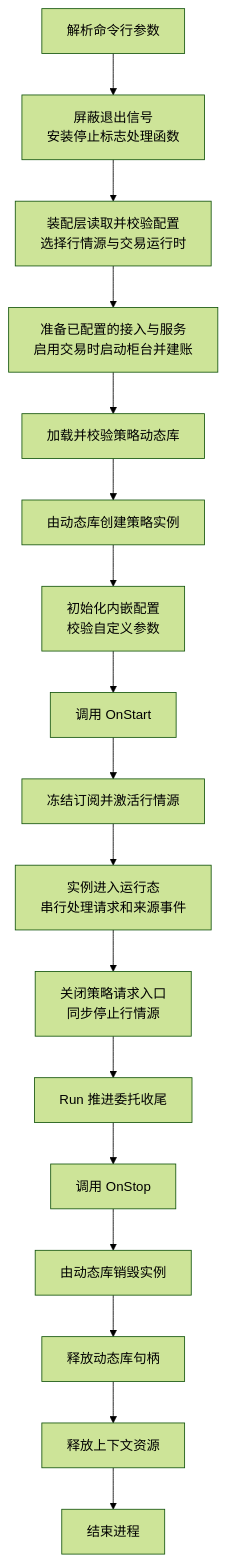
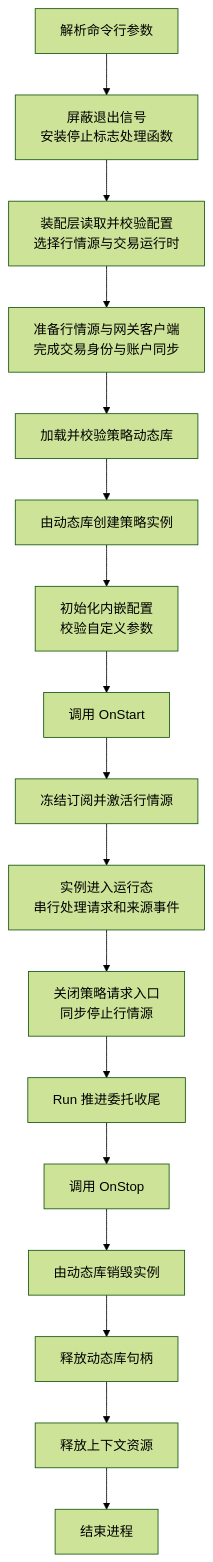
The diagram in docs/design/strategyd.md (yizhenfei/yquant), drawn with Mermaid (forest theme) before and after one commit. The commit also changed other lines of this file and 53 other files, not shown here.

````diff
--- a/docs/design/strategyd.md
+++ b/docs/design/strategyd.md
@@ -144,37 +145,37 @@
 ```mermaid
 flowchart TD
     CLI["解析命令行参数"]
     SIGNALS["屏蔽退出信号<br/>安装停止标志处理函数"]
     CONFIG["装配层读取并校验配置<br/>选择行情源与交易运行时"]
-    PREPARE["准备已配置的接入与服务<br/>启用交易时启动柜台并建账"]
+    PREPARE["准备行情源与网关客户端<br/>完成交易身份与账户同步"]
     LOAD["加载并校验策略动态库"]
     CREATE["由动态库创建策略实例"]
     INITIALIZE["初始化内嵌配置<br/>校验自定义参数"]
     START["调用 OnStart"]
     SOURCE["冻结订阅并激活行情源"]
     RUNNING["实例进入运行态<br/>串行处理请求和来源事件"]
     QUIESCE["关闭策略请求入口<br/>同步停止行情源"]
     DRAIN["Run 推进委托收尾"]
     STOP["调用 OnStop"]
     DESTROY["由动态库销毁实例"]
     CLOSE["释放动态库句柄"]
     RELEASE["释放上下文资源"]
     EXIT["结束进程"]
 
     CLI --> SIGNALS
     SIGNALS --> CONFIG
     CONFIG --> PREPARE
     PREPARE --> LOAD
     LOAD --> CREATE
     CREATE --> INITIALIZE
     INITIALIZE --> START
     START --> SOURCE
     SOURCE --> RUNNING
     RUNNING --> QUIESCE
     QUIESCE --> DRAIN
     DRAIN --> STOP
     STOP --> DESTROY
     DESTROY --> CLOSE
     CLOSE --> RELEASE
     RELEASE --> EXIT
 ```
````
